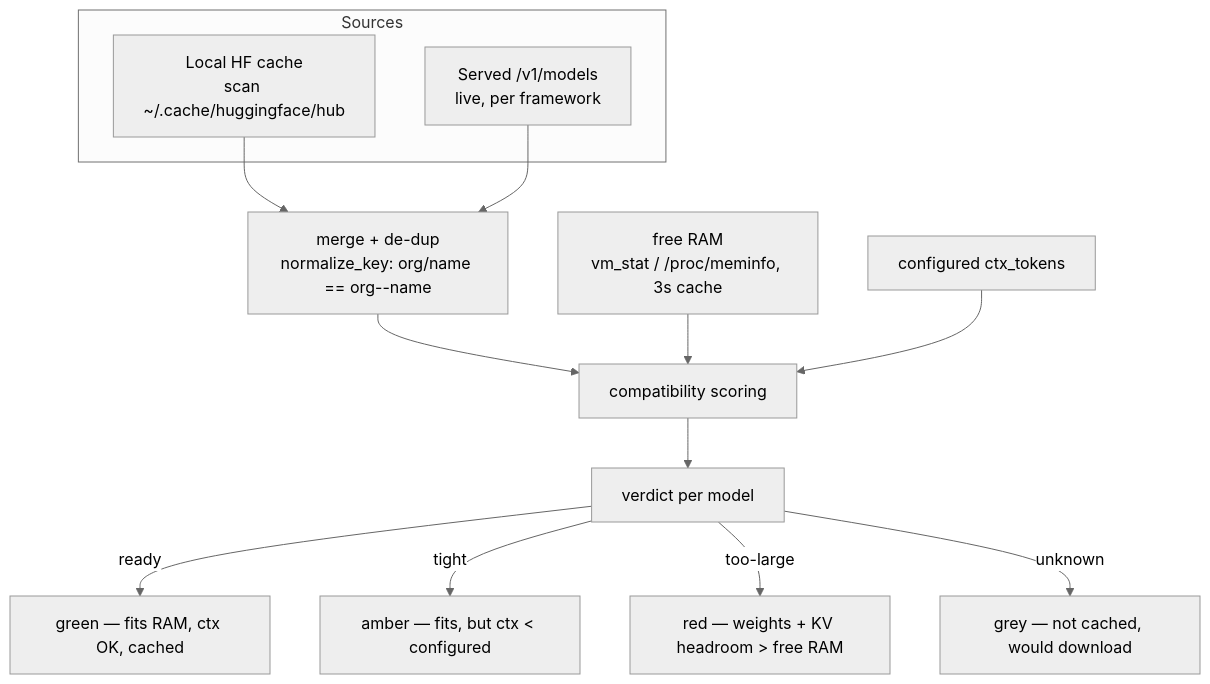
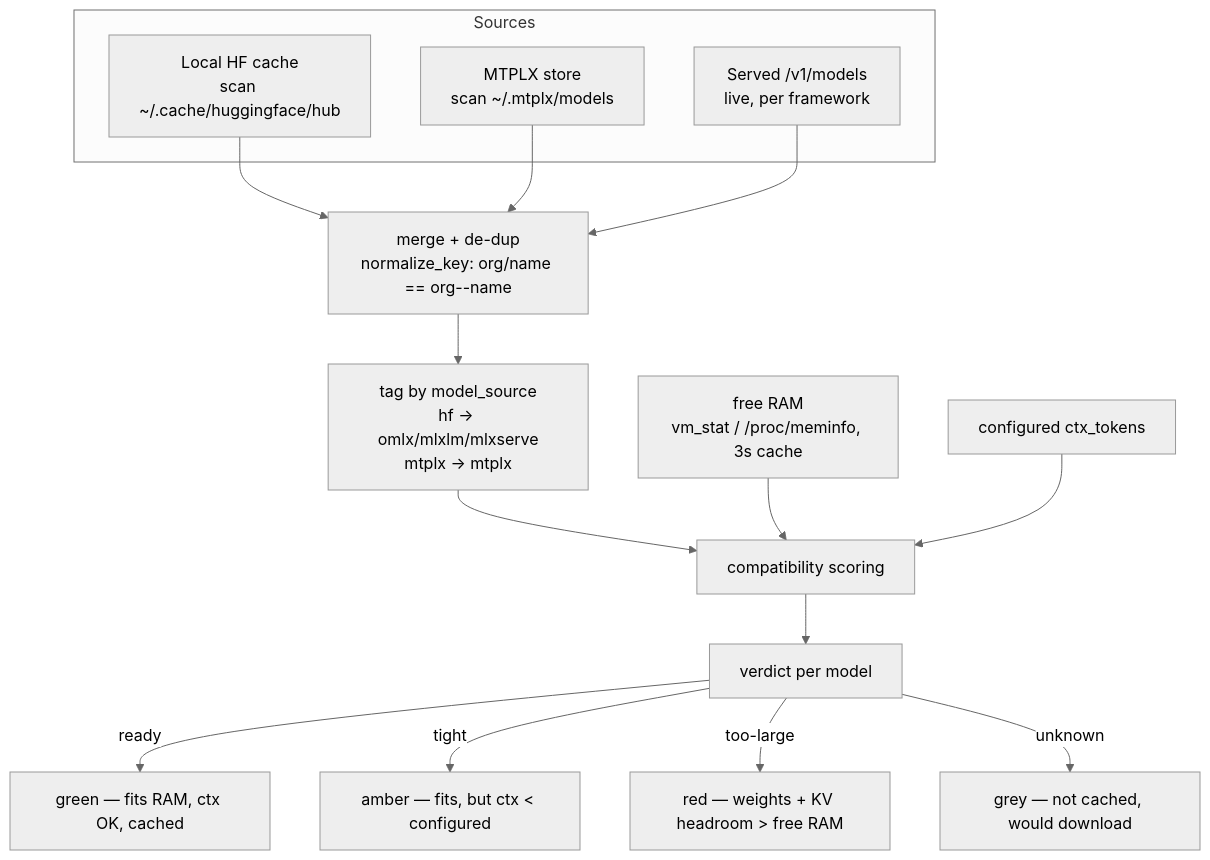
Before and after one commit to akshaya-git/benching: the fifth of 6 diagrams in ARCHITECTURE.md, drawn with Mermaid (neutral theme). The commit also changed other lines of this file and 16 other files, not shown here.

First line of the commit message:
MTPLX model discovery + bundle the hart harness

````diff
--- a/ARCHITECTURE.md
+++ b/ARCHITECTURE.md
@@ -183,17 +190,20 @@
 ```mermaid
 flowchart TB
     subgraph Sources
         L[Local HF cache<br/>scan ~/.cache/huggingface/hub]
+        M[MTPLX store<br/>scan ~/.mtplx/models]
         S[Served /v1/models<br/>live, per framework]
     end
-    L --> M[merge + de-dup<br/>normalize_key: org/name == org--name]
-    S --> M
-    M --> C[compatibility scoring]
+    L --> MG[merge + de-dup<br/>normalize_key: org/name == org--name]
+    M --> MG
+    S --> MG
+    MG --> TAG[tag by model_source<br/>hf → omlx/mlxlm/mlxserve<br/>mtplx → mtplx]
+    TAG --> C[compatibility scoring]
     RAM[free RAM<br/>vm_stat / /proc/meminfo, 3s cache] --> C
     CTX[configured ctx_tokens] --> C
     C --> V[verdict per model]
     V -->|ready| G[green — fits RAM, ctx OK, cached]
     V -->|tight| A[amber — fits, but ctx < configured]
     V -->|too-large| R[red — weights + KV headroom > free RAM]
     V -->|unknown| U[grey — not cached, would download]
 ```
````
